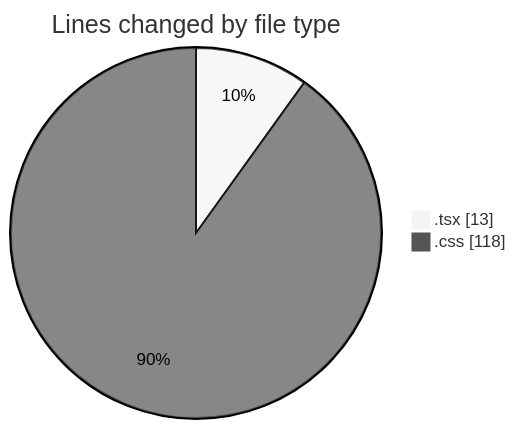
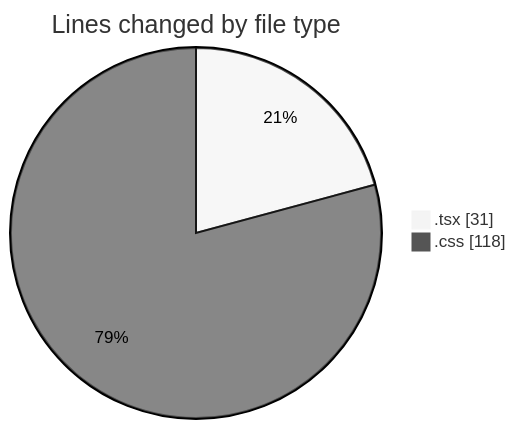
Before and after one commit to robertbonfada/code-tracking: the first of 2 diagrams in 2025-01-08/mbc-web/README.md, drawn with Mermaid (neutral theme). The commit also changed other lines of this file and 1 other file, not shown here.

````diff
--- a/2025-01-08/mbc-web/README.md
+++ b/2025-01-08/mbc-web/README.md
@@ -22,6 +23,6 @@
 ```mermaid
 pie showData
 title Lines changed by file type
-".tsx" : 13
+".tsx" : 31
 ".css" : 118
 ```
````
